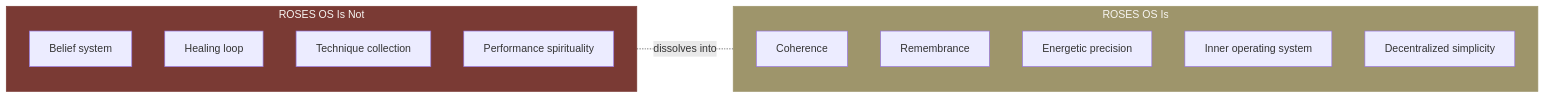
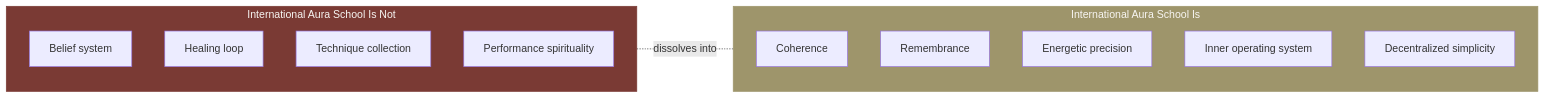
The fifth of 27 diagrams in docs/brand/brand-dna.md (Light-Brands/roses-os), drawn with Mermaid before and after one commit. The commit also changed other lines of this file and 79 other files, not shown here.

First line of the commit message:
Rename ROSES OS to International Aura School across entire codebase

````diff
--- a/docs/brand/brand-dna.md
+++ b/docs/brand/brand-dna.md
@@ -239,24 +239,24 @@
 ```mermaid
 graph LR
-    subgraph NOT["ROSES OS Is Not"]
+    subgraph NOT["International Aura School Is Not"]
         direction TB
         N1["Belief system"]
         N2["Healing loop"]
         N3["Technique collection"]
         N4["Performance spirituality"]
     end
 
-    subgraph IS["ROSES OS Is"]
+    subgraph IS["International Aura School Is"]
         direction TB
         Y1["Coherence"]
         Y2["Remembrance"]
         Y3["Energetic precision"]
         Y4["Inner operating system"]
         Y5["Decentralized simplicity"]
     end
 
     NOT -.-|"dissolves into"| IS
 
     style NOT fill:#7A3A34,color:#F7F5F2,stroke:#7A3A34
     style IS fill:#9E956B,color:#F7F5F2,stroke:#9E956B
 ```
````
